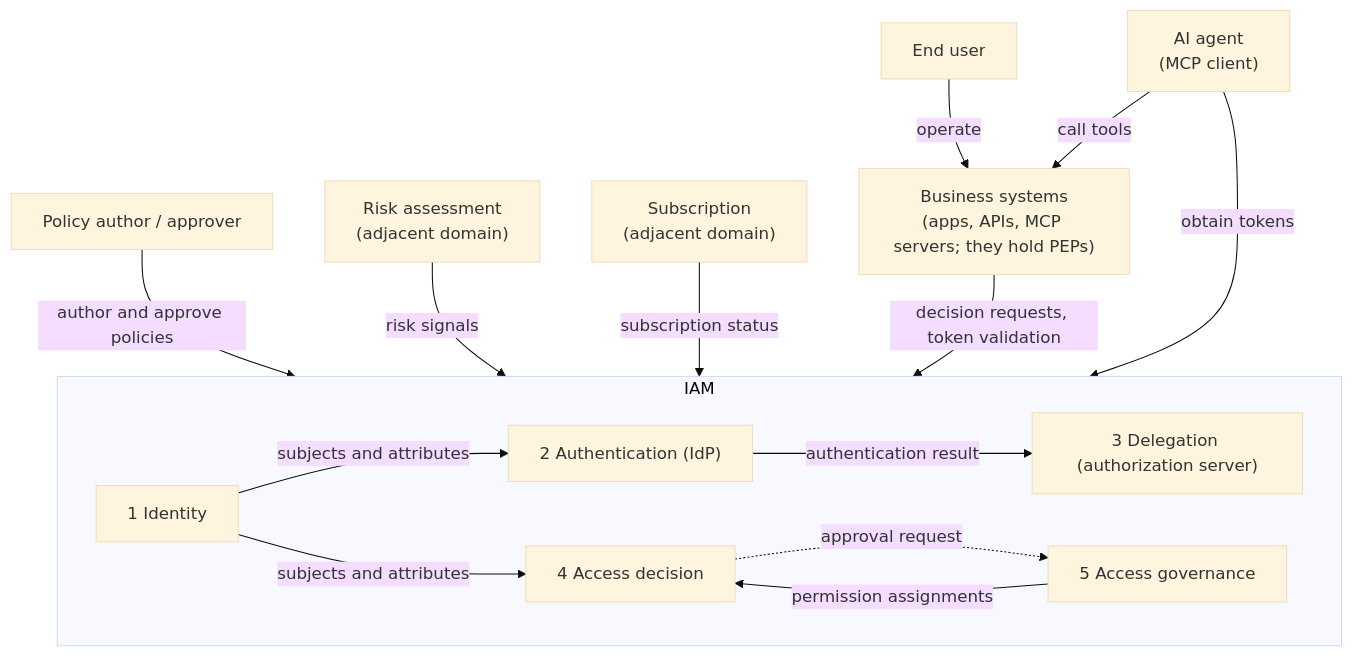
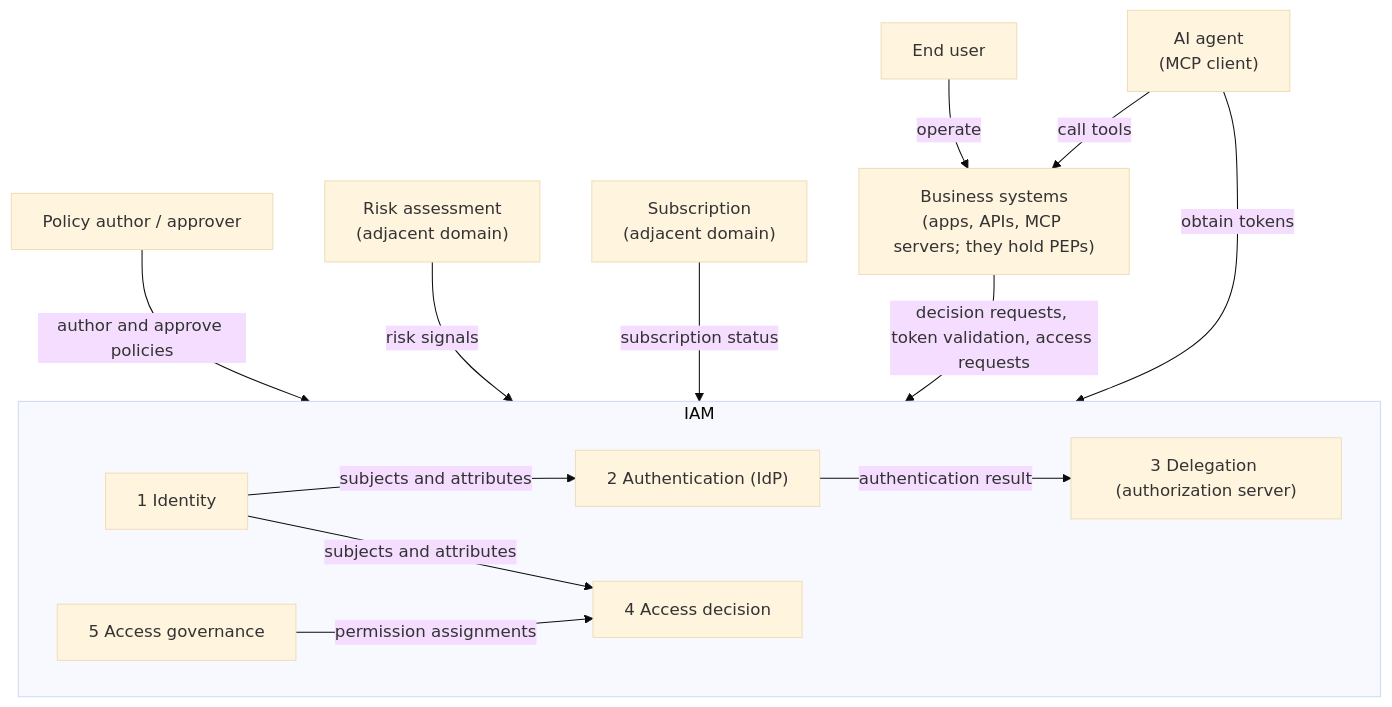
Before and after one commit to bmf-san/bmf-tech: the first of 6 diagrams in content/en/posts/authorization-platform-architecture-decisions.md, drawn with Mermaid (base theme). The commit also changed other lines of this file and 1 other file, not shown here.

First line of the commit message:
fix: 認可基盤のアーキテクチャの記事の図とまとめを本文と AARP・AuthZEN・MCP の任意の要素に合わせる

````diff
--- a/content/en/posts/authorization-platform-architecture-decisions.md
+++ b/content/en/posts/authorization-platform-architecture-decisions.md
@@ -60,32 +60,31 @@
 ```mermaid
 flowchart TB
     user["End user"]
     agent["AI agent<br/>(MCP client)"]
     admin["Policy author / approver"]
     RISK["Risk assessment<br/>(adjacent domain)"]
     SUB["Subscription<br/>(adjacent domain)"]
 
     subgraph IAM["IAM"]
         direction LR
         ID["1 Identity"]
         AUTHN["2 Authentication (IdP)"]
         DEL["3 Delegation (authorization server)"]
         GOV["5 Access governance"]
         POL["4 Access decision"]
         ID -- "subjects and attributes" --> AUTHN
         AUTHN -- "authentication result" --> DEL
         ID -- "subjects and attributes" --> POL
         GOV -- "permission assignments" --> POL
-        POL -. "approval request" .-> GOV
     end
 
     APP["Business systems<br/>(apps, APIs, MCP servers; they hold PEPs)"]
 
     RISK -- "risk signals" --> IAM
     SUB -- "subscription status" --> IAM
     admin -- "author and approve policies" --> IAM
     agent -- "obtain tokens" --> IAM
     user -- "operate" --> APP
     agent -- "call tools" --> APP
-    APP -- "decision requests, token validation" --> IAM
+    APP -- "decision requests, token validation, access requests" --> IAM
 ```
````
